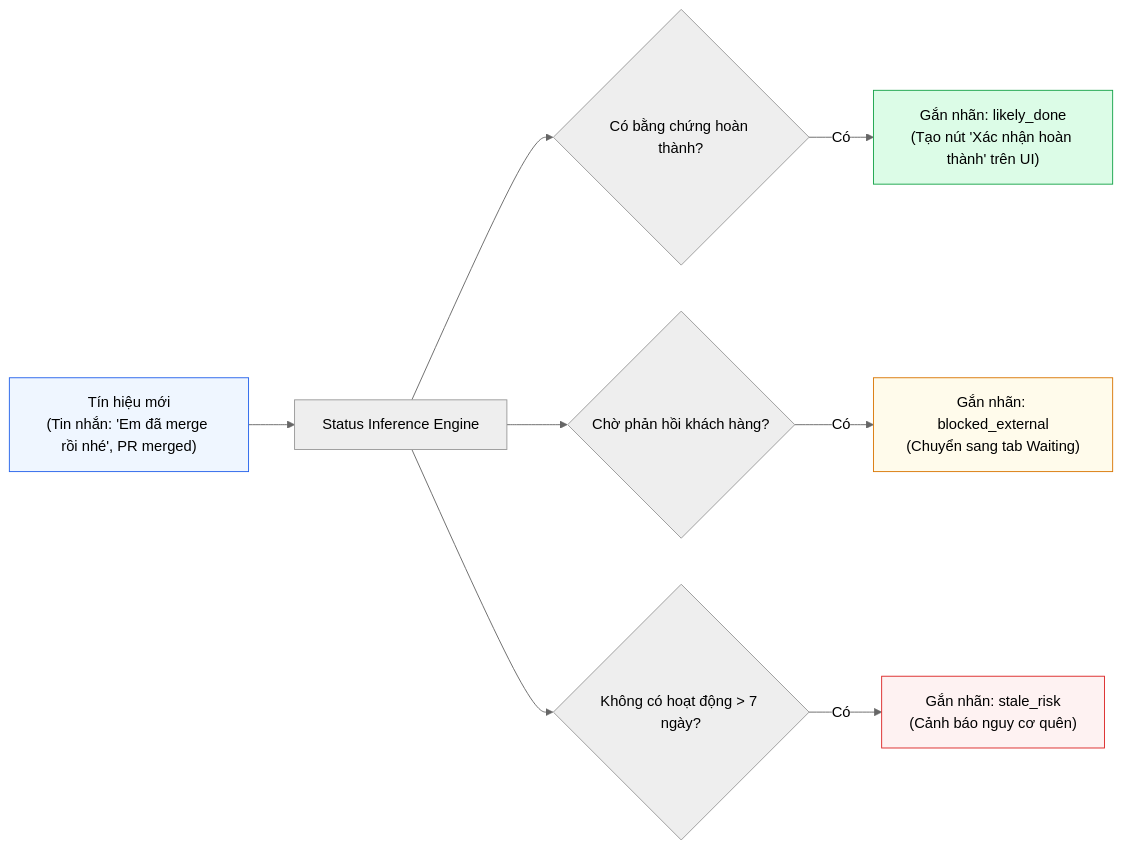
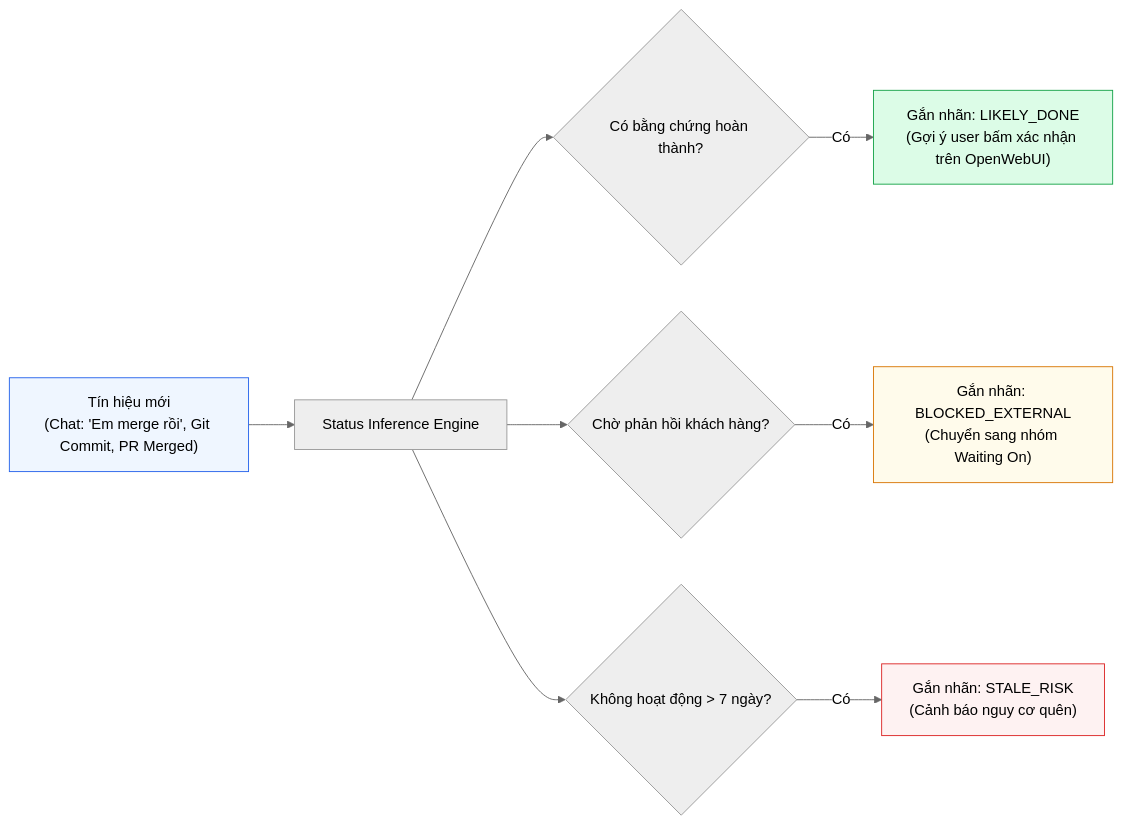
One commit to nxc1802/Personal_Task_Board changed the second of 2 diagrams in docs/layers/layer-4-intelligence.md. Above: the diagram before and after it, drawn with Mermaid (neutral theme). The commit also changed other lines of this file and 8 other files, not shown here.

First line of the commit message:
docs: re-architect project to Lean Local-First edition

````diff
--- a/docs/layers/layer-4-intelligence.md
+++ b/docs/layers/layer-4-intelligence.md
@@ -136,18 +127,18 @@
 ```mermaid
 flowchart LR
-    SIGNAL["Tín hiệu mới<br/>(Tin nhắn: 'Em đã merge rồi nhé', PR merged)"] --> ANALYZER["Status Inference Engine"]
+    SIGNAL["Tín hiệu mới<br/>(Chat: 'Em merge rồi', Git Commit, PR Merged)"] --> ANALYZER["Status Inference Engine"]
     
     ANALYZER --> D1{"Có bằng chứng hoàn thành?"}
-    D1 -- "Có" --> LIKELY["Gắn nhãn: likely_done<br/>(Tạo nút 'Xác nhận hoàn thành' trên UI)"]
+    D1 -- "Có" --> LIKELY["Gắn nhãn: LIKELY_DONE<br/>(Gợi ý user bấm xác nhận trên OpenWebUI)"]
     
     ANALYZER --> D2{"Chờ phản hồi khách hàng?"}
-    D2 -- "Có" --> WAITING["Gắn nhãn: blocked_external<br/>(Chuyển sang tab Waiting)"]
+    D2 -- "Có" --> WAITING["Gắn nhãn: BLOCKED_EXTERNAL<br/>(Chuyển sang nhóm Waiting On)"]
     
-    ANALYZER --> D3{"Không có hoạt động > 7 ngày?"}
-    D3 -- "Có" --> STALE["Gắn nhãn: stale_risk<br/>(Cảnh báo nguy cơ quên)"]
+    ANALYZER --> D3{"Không hoạt động > 7 ngày?"}
+    D3 -- "Có" --> STALE["Gắn nhãn: STALE_RISK<br/>(Cảnh báo nguy cơ quên)"]
 
     style SIGNAL fill:#EFF6FF,stroke:#2563EB
     style LIKELY fill:#DCFCE7,stroke:#16A34A
     style WAITING fill:#FFFBEB,stroke:#D97706
     style STALE fill:#FEF2F2,stroke:#DC2626
 ```
````
